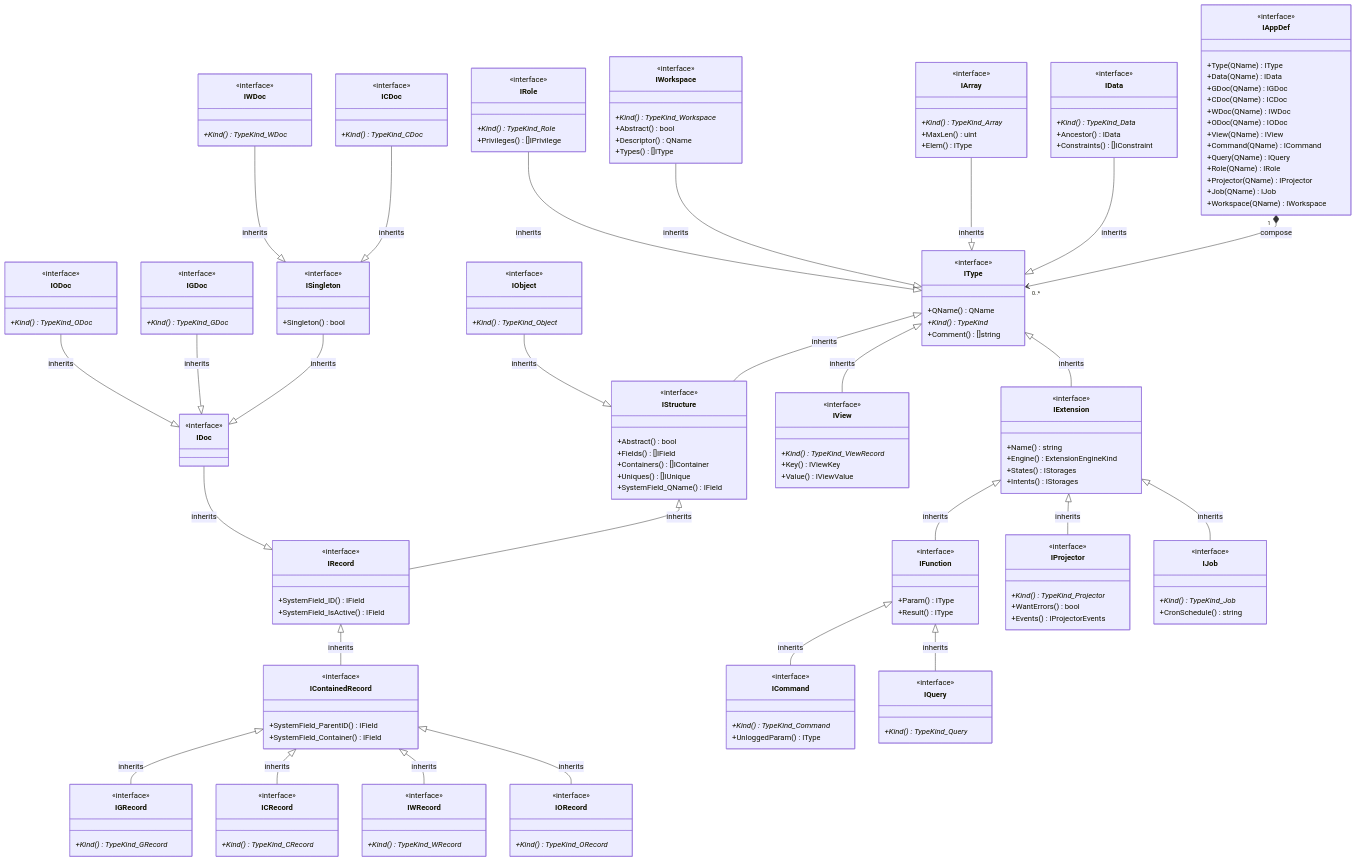
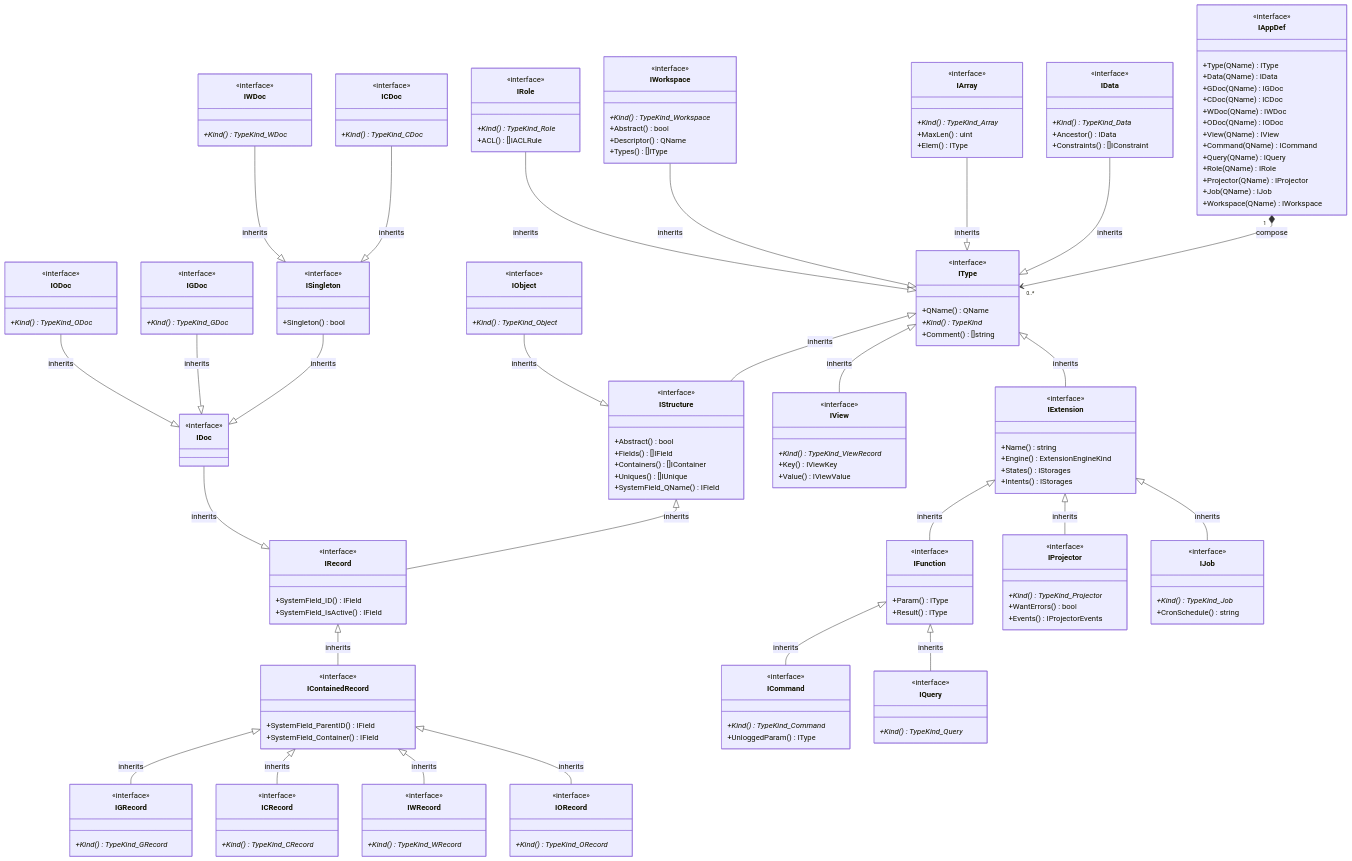
Before and after one commit to voedger/voedger: the first of 8 diagrams in pkg/appdef/README.md, drawn with Mermaid. The commit also changed other lines of this file, not shown here.

````diff
--- a/pkg/appdef/README.md
+++ b/pkg/appdef/README.md
@@ -203,6 +203,6 @@
     class IRole {
         <<interface>>
         +Kind()* TypeKind_Role
-        +Privileges() []IPrivilege
+        +ACL() []IACLRule
     }
 ```
````
